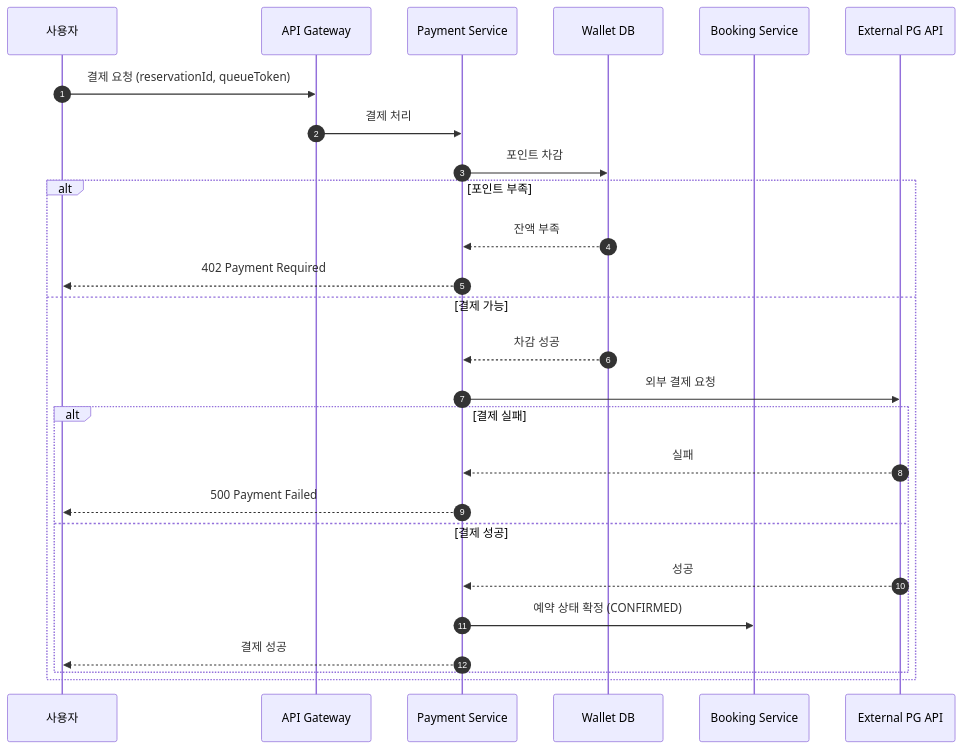
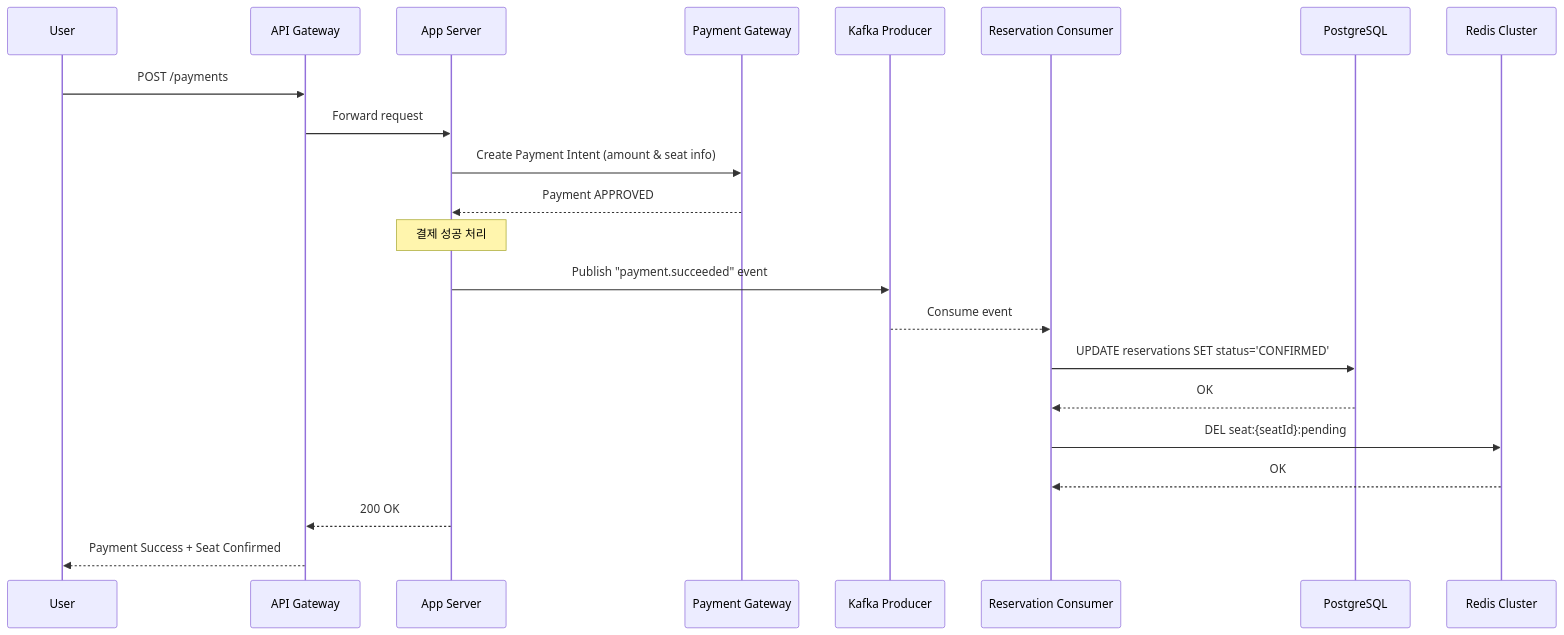
Before and after one commit to w00lam/server-java: the third of 8 diagrams in docs/ssd.md, drawn with Mermaid. The commit also changed other lines of this file, not shown here.

First line of the commit message:
docs: 시퀀스 다이어그램 수정

````diff
--- a/docs/ssd.md
+++ b/docs/ssd.md
@@ -83,29 +82,31 @@
 ```mermaid
 sequenceDiagram
-    autonumber
-    participant User as 사용자
-    participant APIG as API Gateway
-    participant Payment as Payment Service
-    participant Wallet as Wallet DB
-    participant Booking as Booking Service
-    participant PG as External PG API
+    participant User
+    participant API as API Gateway
+    participant App as App Server
+    participant PG as Payment Gateway
+    participant Kafka as Kafka Producer
+    participant Consumer as Reservation Consumer
+    participant DB as PostgreSQL
+    participant Redis as Redis Cluster
 
-    User->>APIG: 결제 요청 (reservationId, queueToken)
-    APIG->>Payment: 결제 처리
-    Payment->>Wallet: 포인트 차감
-    alt 포인트 부족
-        Wallet-->>Payment: 잔액 부족
-        Payment-->>User: 402 Payment Required
-    else 결제 가능
-        Wallet-->>Payment: 차감 성공
-        Payment->>PG: 외부 결제 요청
-        alt 결제 실패
-            PG-->>Payment: 실패
-            Payment-->>User: 500 Payment Failed
-        else 결제 성공
-            PG-->>Payment: 성공
-            Payment->>Booking: 예약 상태 확정 (CONFIRMED)
-            Payment-->>User: 결제 성공
-        end
-    end
+    User ->> API: POST /payments
+    API ->> App: Forward request
+
+    App ->> PG: Create Payment Intent (amount & seat info)
+    PG -->> App: Payment APPROVED
+
+    Note over App: 결제 성공 처리
+
+    App ->> Kafka: Publish "payment.succeeded" event
+    Kafka -->> Consumer: Consume event
+
+    Consumer ->> DB: UPDATE reservations SET status='CONFIRMED'
+    DB -->> Consumer: OK
+
+    Consumer ->> Redis: DEL seat:{seatId}:pending
+    Redis -->> Consumer: OK
+
+    App -->> API: 200 OK
+    API -->> User: Payment Success + Seat Confirmed
 ```
````
